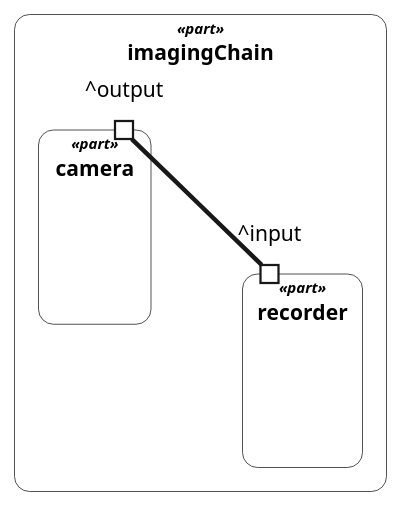
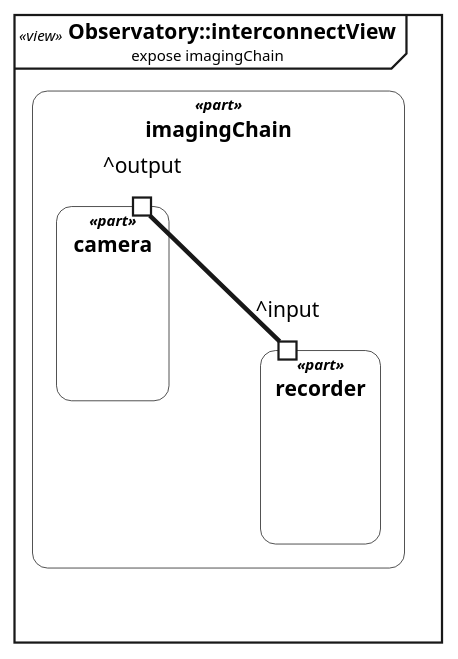
Before and after one commit to Open-MBEE/OpenSysML: the first of 2 diagrams in internal/doc/docrender/testdata/telescope_report.plantuml.golden.md, drawn with PlantUML. The commit also changed 50 other files, not shown here.

First line of the commit message:
fix(view): carry the view frame through PlantUML, the proto and the committed outputs

````diff
--- a/internal/doc/docrender/testdata/telescope_report.plantuml.golden.md
+++ b/internal/doc/docrender/testdata/telescope_report.plantuml.golden.md
@@ -83,54 +83,55 @@
 ```plantuml
 @startuml
 ' Observatory::interconnectView — interconnection rendering (render asInterconnectionDiagram)
+mainframe <size:10>//«view»//</size> **Observatory::interconnectView**\n<size:10>expose imagingChain</size>
 <style>
 root {
   BackGroundColor white
   FontName SansSerif
   FontSize 14
   FontColor black
   LineColor #181818
   HorizontalAlignment left
 }
 element {
   BackGroundColor white
   LineColor #181818
   LineThickness 0.5
   RoundCorner 0
   Shadowing 0.0
 }
 start, end, activityBar {
   BackGroundColor black
 }
 arrow {
   LineColor #181818
   LineThickness 1
   FontSize 13
 }
 note {
   BackGroundColor #FEFFDD
   FontSize 13
 }
 .usage {
   RoundCorner 20
 }
 .package {
   LineThickness 1.5
 }
 .region {
   LineStyle 4
 }
 </style>
 skinparam wrapWidth 300
 hide stereotype
 rectangle "<size:10>//«part»//</size>\n**imagingChain**" as n0 <<part>> <<usage>> {
   rectangle "<size:10>//«part»//</size>\n**camera**" as n1 <<part>> <<usage>> {
     port "^output" as n1.0
   }
   rectangle "<size:10>//«part»//</size>\n**recorder**" as n2 <<part>> <<usage>> {
     port "^input" as n2.0
   }
 }
 n1.0 -[thickness=3]- n2.0
 @enduml
 ```
````
